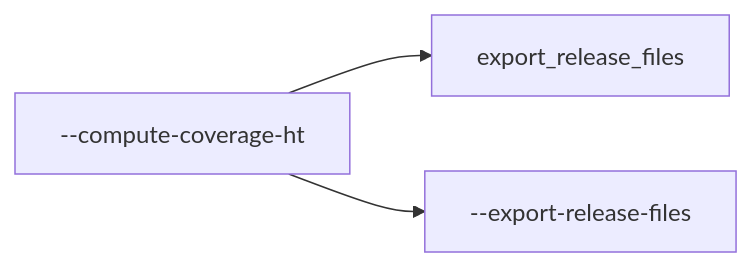
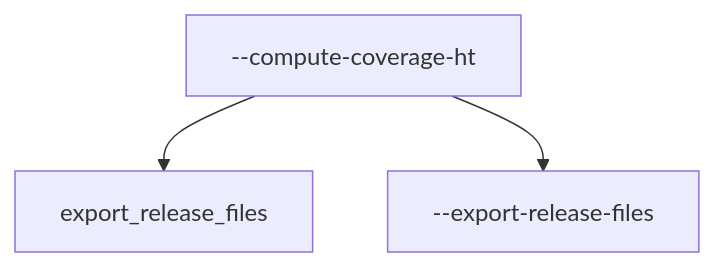
One commit to broadinstitute/gnomad_qc changed diagram 12 of 18 in test_flowchart.md. Above: the diagram before and after it, drawn with Mermaid. The commit also changed other lines of this file, not shown here.

````diff
--- a/test_flowchart.md
+++ b/test_flowchart.md
@@ -334,7 +334,7 @@
 ```mermaid
-flowchart LR;
-  classDef node_color fill:#BE4603
+flowchart TB;
+  classDef node_color fill:#2C5D4A
 
   compute-coverage-ht["--compute-coverage-ht"] --> export_release_files["export_release_files"];
   compute-coverage-ht["--compute-coverage-ht"] --> export-release-files["--export-release-files"];
 ```
````
